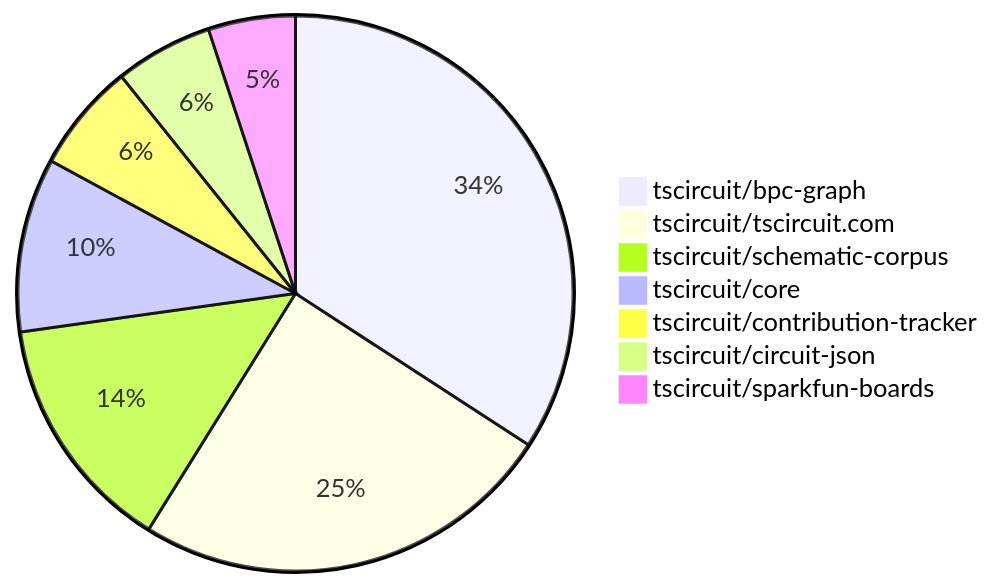
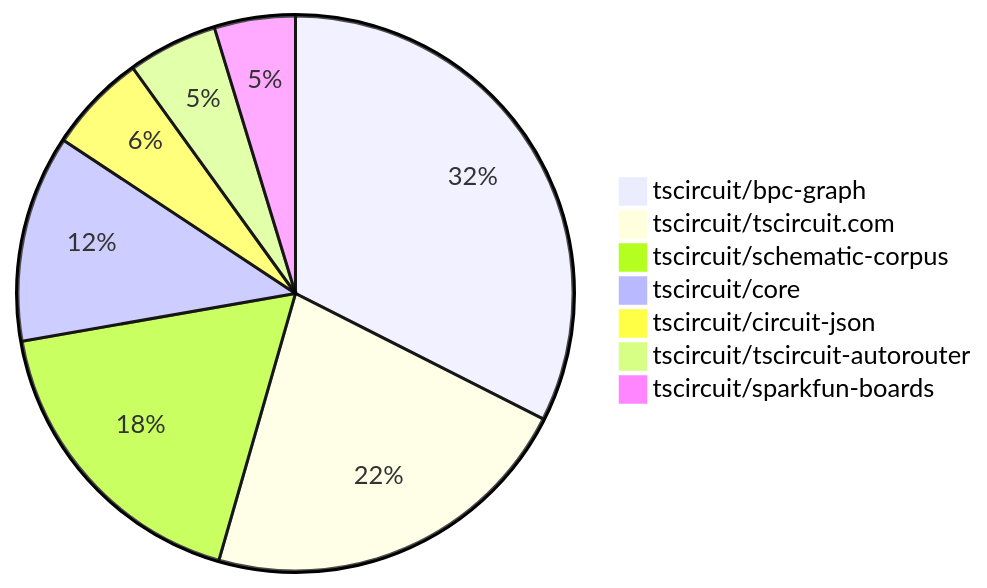
The second of 2 diagrams in README.md (tscircuit/contribution-tracker), drawn with Mermaid before and after one commit. The commit also changed other lines of this file and 3 other files, not shown here.

````diff
--- a/README.md
+++ b/README.md
@@ -104,10 +111,10 @@
 ```mermaid
 pie
-    "tscircuit/bpc-graph" : 54
-    "tscircuit/tscircuit.com" : 39
-    "tscircuit/schematic-corpus" : 22
-    "tscircuit/core" : 16
-    "tscircuit/contribution-tracker" : 10
-    "tscircuit/circuit-json" : 9
-    "tscircuit/sparkfun-boards" : 8
+    "tscircuit/bpc-graph" : 62
+    "tscircuit/tscircuit.com" : 42
+    "tscircuit/schematic-corpus" : 34
+    "tscircuit/core" : 23
+    "tscircuit/circuit-json" : 11
+    "tscircuit/tscircuit-autorouter" : 10
+    "tscircuit/sparkfun-boards" : 9
 ```
````
